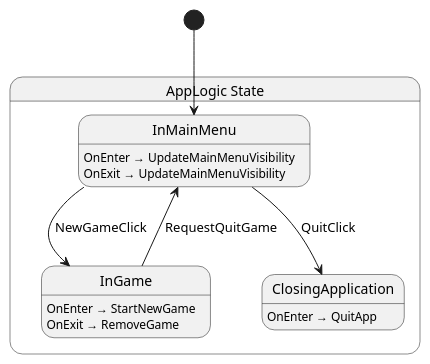
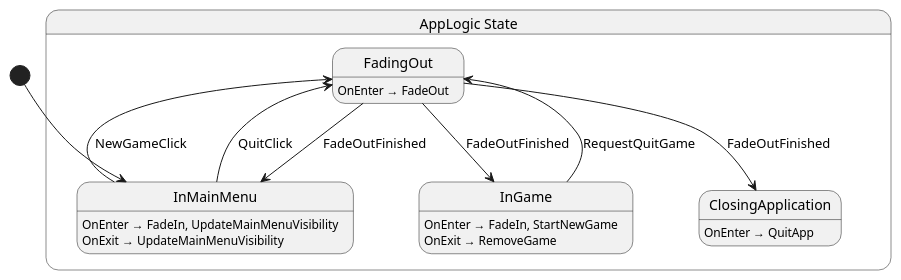
Before and after one commit to nilsiker/Eggsploration: the diagram in src/app/state/AppLogic.g.puml, drawn with PlantUML. The commit also changed 7 other files, not shown here.

```diff
--- a/src/app/state/AppLogic.g.puml
+++ b/src/app/state/AppLogic.g.puml
@@ -1,19 +1,24 @@
 @startuml AppLogic
 state "AppLogic State" as Eggsploration_AppLogic_State {
   state "ClosingApplication" as Eggsploration_AppLogic_State_ClosingApplication
+  state "FadingOut" as Eggsploration_AppLogic_State_FadingOut
   state "InGame" as Eggsploration_AppLogic_State_InGame
   state "InMainMenu" as Eggsploration_AppLogic_State_InMainMenu
 }
 
-Eggsploration_AppLogic_State_InGame --> Eggsploration_AppLogic_State_InMainMenu : RequestQuitGame
-Eggsploration_AppLogic_State_InMainMenu --> Eggsploration_AppLogic_State_ClosingApplication : QuitClick
-Eggsploration_AppLogic_State_InMainMenu --> Eggsploration_AppLogic_State_InGame : NewGameClick
+Eggsploration_AppLogic_State_FadingOut --> Eggsploration_AppLogic_State_ClosingApplication : FadeOutFinished
+Eggsploration_AppLogic_State_FadingOut --> Eggsploration_AppLogic_State_InGame : FadeOutFinished
+Eggsploration_AppLogic_State_FadingOut --> Eggsploration_AppLogic_State_InMainMenu : FadeOutFinished
+Eggsploration_AppLogic_State_InGame --> Eggsploration_AppLogic_State_FadingOut : RequestQuitGame
+Eggsploration_AppLogic_State_InMainMenu --> Eggsploration_AppLogic_State_FadingOut : NewGameClick
+Eggsploration_AppLogic_State_InMainMenu --> Eggsploration_AppLogic_State_FadingOut : QuitClick
 
 Eggsploration_AppLogic_State_ClosingApplication : OnEnter → QuitApp
-Eggsploration_AppLogic_State_InGame : OnEnter → StartNewGame
+Eggsploration_AppLogic_State_FadingOut : OnEnter → FadeOut
+Eggsploration_AppLogic_State_InGame : OnEnter → FadeIn, StartNewGame
 Eggsploration_AppLogic_State_InGame : OnExit → RemoveGame
-Eggsploration_AppLogic_State_InMainMenu : OnEnter → UpdateMainMenuVisibility
+Eggsploration_AppLogic_State_InMainMenu : OnEnter → FadeIn, UpdateMainMenuVisibility
 Eggsploration_AppLogic_State_InMainMenu : OnExit → UpdateMainMenuVisibility
 
 [*] --> Eggsploration_AppLogic_State_InMainMenu
 @enduml
```
